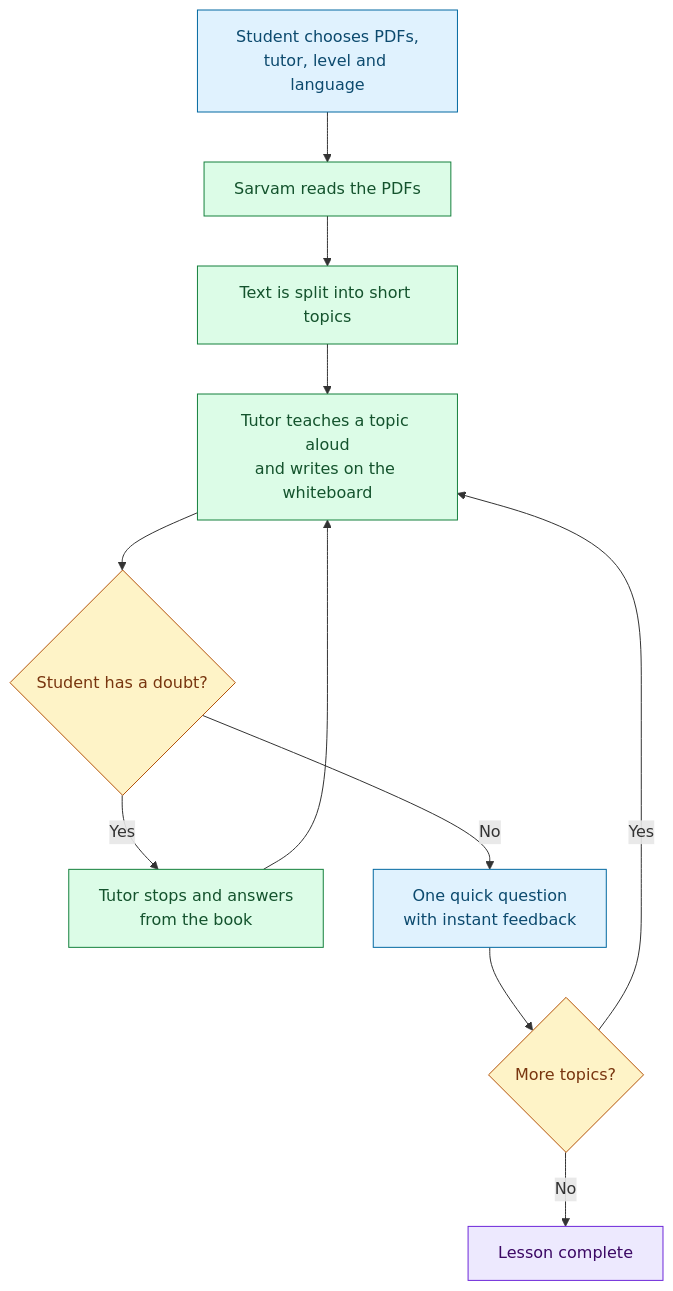
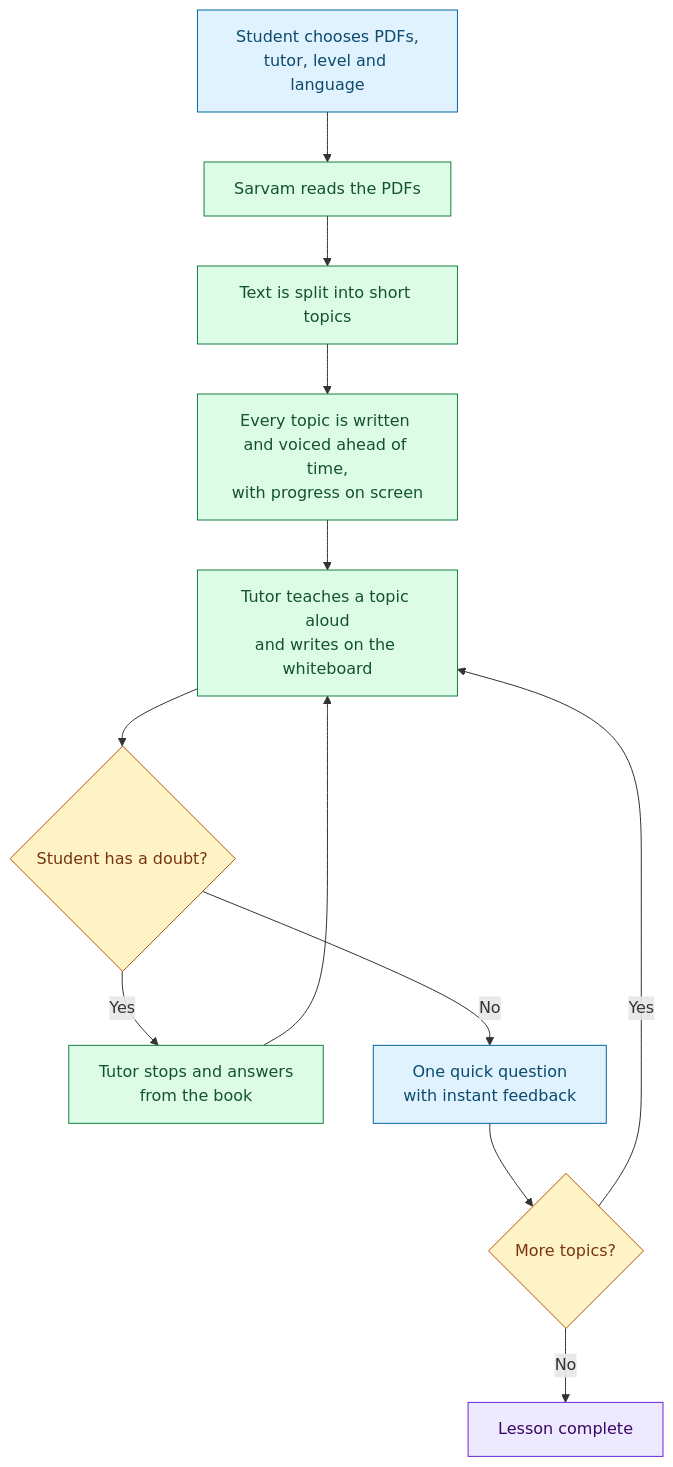
The first of 2 diagrams in README.md (10doshi12/sarvam-ai-tutor), drawn with Mermaid before and after one commit. The commit also changed other lines of this file and 22 other files, not shown here.

````diff
--- a/README.md
+++ b/README.md
@@ -62,23 +62,24 @@
 ```mermaid
 flowchart TD
     A["Student chooses PDFs,<br/>tutor, level and language"] --> B["Sarvam reads the PDFs"]
     B --> C["Text is split into short topics"]
-    C --> D["Tutor teaches a topic aloud<br/>and writes on the whiteboard"]
+    C --> W["Every topic is written and voiced ahead of time,<br/>with progress on screen"]
+    W --> D["Tutor teaches a topic aloud<br/>and writes on the whiteboard"]
     D --> E{"Student has a doubt?"}
     E -- "Yes" --> F["Tutor stops and answers<br/>from the book"]
     F --> D
     E -- "No" --> G["One quick question<br/>with instant feedback"]
     G --> H{"More topics?"}
     H -- "Yes" --> D
     H -- "No" --> I["Lesson complete"]
 
     classDef student fill:#e0f2fe,stroke:#0369a1,color:#0c4a6e
     classDef ai fill:#dcfce7,stroke:#15803d,color:#14532d
     classDef choice fill:#fef3c7,stroke:#b45309,color:#78350f
     classDef finish fill:#ede9fe,stroke:#6d28d9,color:#3b0764
 
     class A,G student
-    class B,C,D,F ai
+    class B,C,W,D,F ai
     class E,H choice
     class I finish
 ```
````
